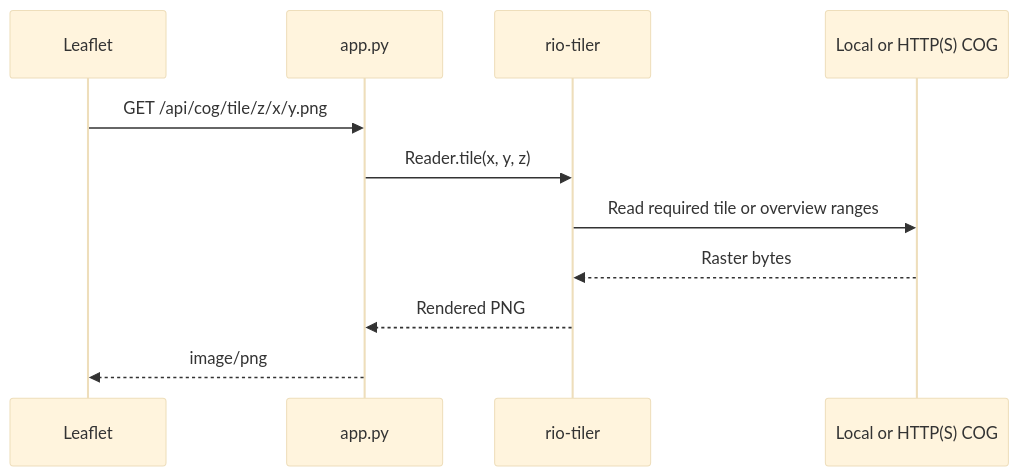
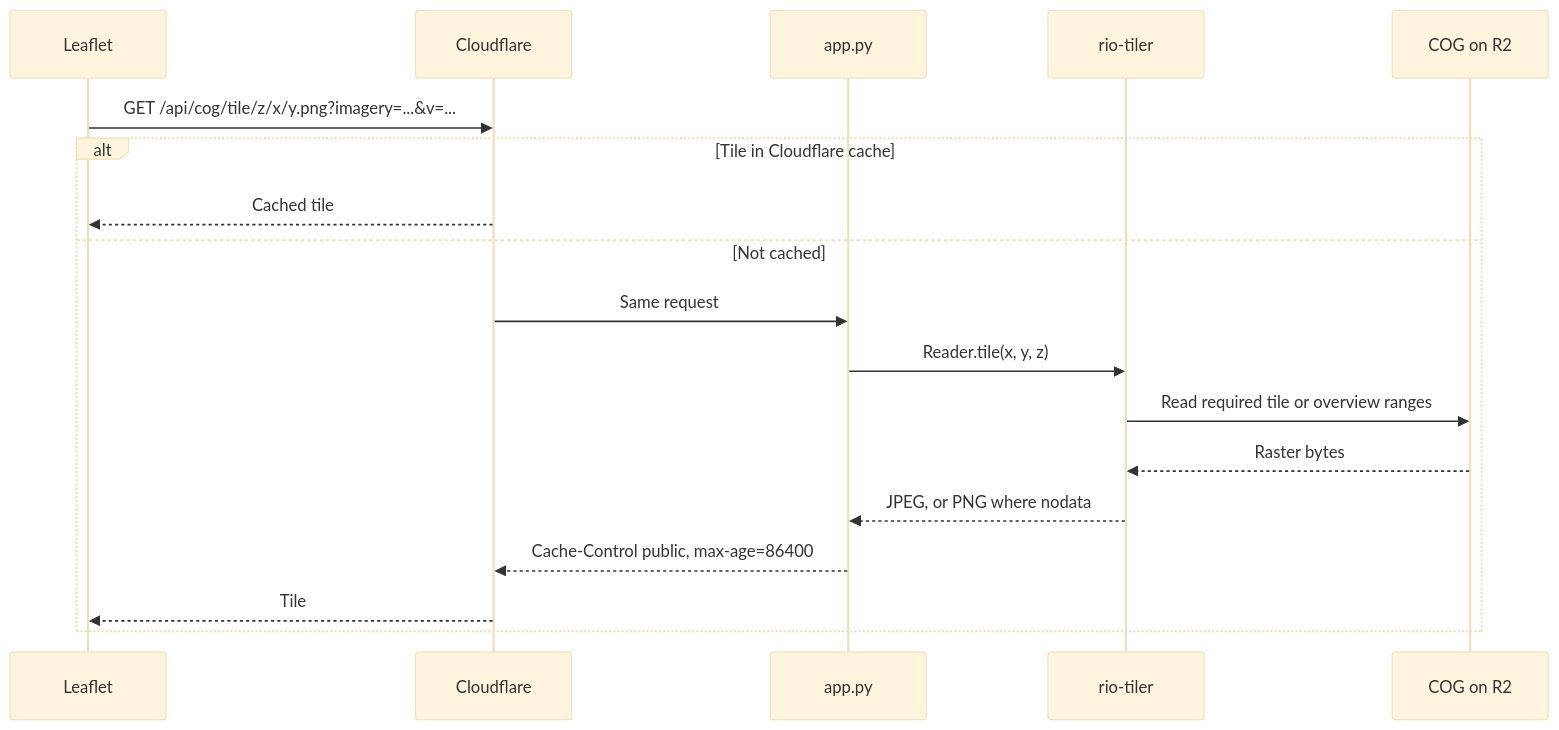
The fourth of 4 diagrams in flow_chart.md (kulpojke/quick-qaqc-app), drawn with Mermaid (base theme) before and after one commit. The commit also changed other lines of this file and 20 other files, not shown here.

````diff
--- a/flow_chart.md
+++ b/flow_chart.md
@@ -71,14 +127,21 @@
 ```mermaid
 sequenceDiagram
     participant Browser as Leaflet
+    participant CF as Cloudflare
     participant App as app.py
     participant RioTiler as rio-tiler
-    participant COG as Local or HTTP(S) COG
+    participant COG as COG on R2
 
-    Browser->>App: GET /api/cog/tile/z/x/y.png
-    App->>RioTiler: Reader.tile(x, y, z)
-    RioTiler->>COG: Read required tile or overview ranges
-    COG-->>RioTiler: Raster bytes
-    RioTiler-->>App: Rendered PNG
-    App-->>Browser: image/png
+    Browser->>CF: GET /api/cog/tile/z/x/y.png?imagery=...&v=...
+    alt Tile in Cloudflare cache
+        CF-->>Browser: Cached tile
+    else Not cached
+        CF->>App: Same request
+        App->>RioTiler: Reader.tile(x, y, z)
+        RioTiler->>COG: Read required tile or overview ranges
+        COG-->>RioTiler: Raster bytes
+        RioTiler-->>App: JPEG, or PNG where nodata
+        App-->>CF: Cache-Control public, max-age=86400
+        CF-->>Browser: Tile
+    end
 ```
````
